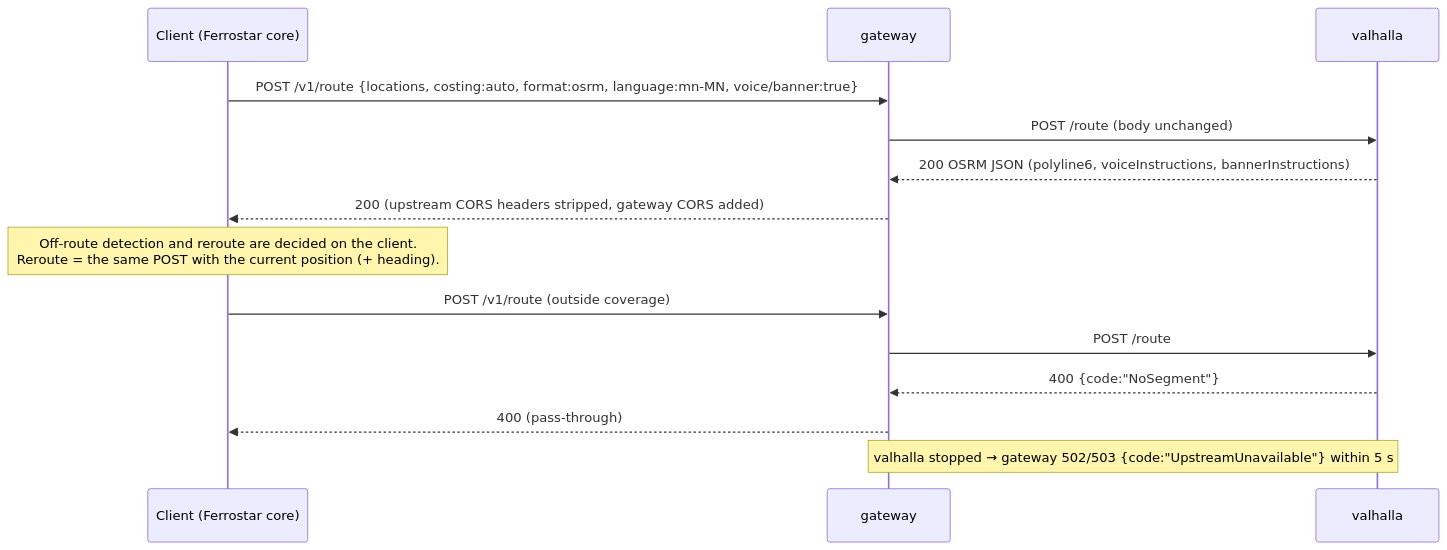
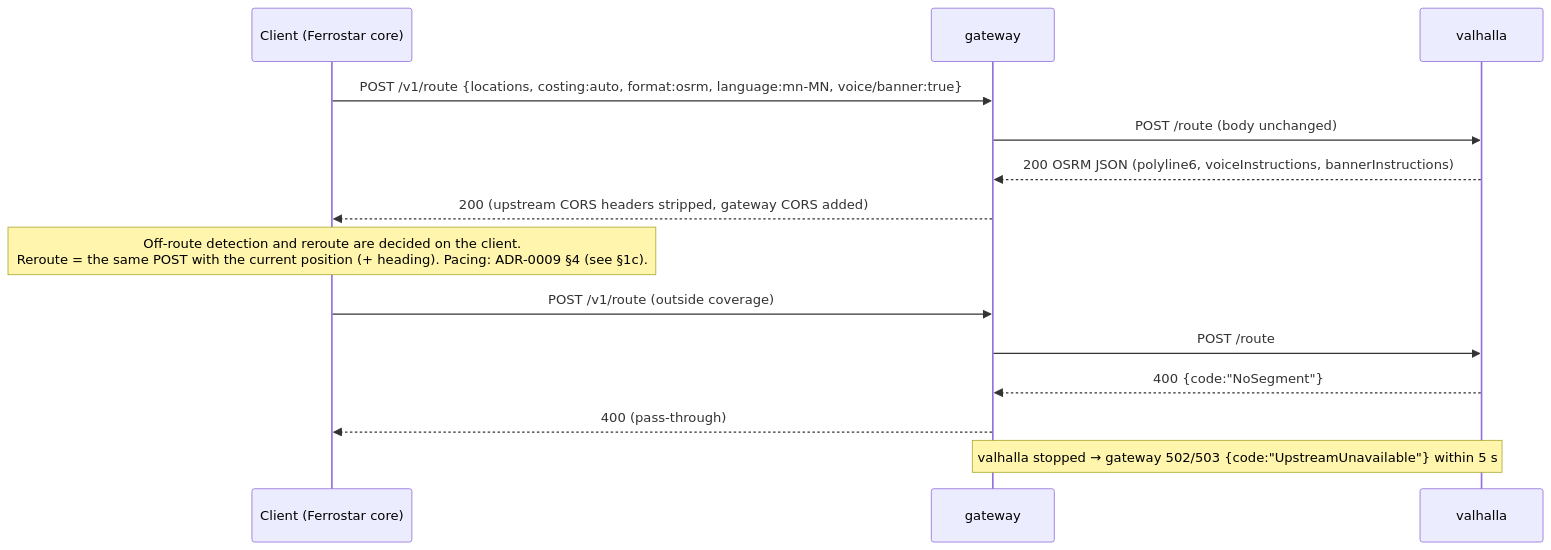
Before and after one commit to Uranbold/test.github.io: the eighth of 8 diagrams in docs/architecture/system-overview.md, drawn with Mermaid. The commit also changed other lines of this file and 196 other files, not shown here.

````diff
--- a/docs/architecture/system-overview.md
+++ b/docs/architecture/system-overview.md
@@ -162,16 +225,16 @@
 ```mermaid
 sequenceDiagram
   participant C as Client (Ferrostar core)
   participant G as gateway
   participant V as valhalla
   C->>G: POST /v1/route {locations, costing:auto, format:osrm, language:mn-MN, voice/banner:true}
   G->>V: POST /route (body unchanged)
   V-->>G: 200 OSRM JSON (polyline6, voiceInstructions, bannerInstructions)
   G-->>C: 200 (upstream CORS headers stripped, gateway CORS added)
-  Note over C: Off-route detection and reroute are decided on the client.<br/>Reroute = the same POST with the current position (+ heading).
+  Note over C: Off-route detection and reroute are decided on the client.<br/>Reroute = the same POST with the current position (+ heading). Pacing: ADR-0009 §4 (see §1c).
   C->>G: POST /v1/route (outside coverage)
   G->>V: POST /route
   V-->>G: 400 {code:"NoSegment"}
   G-->>C: 400 (pass-through)
   Note over G,V: valhalla stopped → gateway 502/503 {code:"UpstreamUnavailable"} within 5 s
 ```
````
